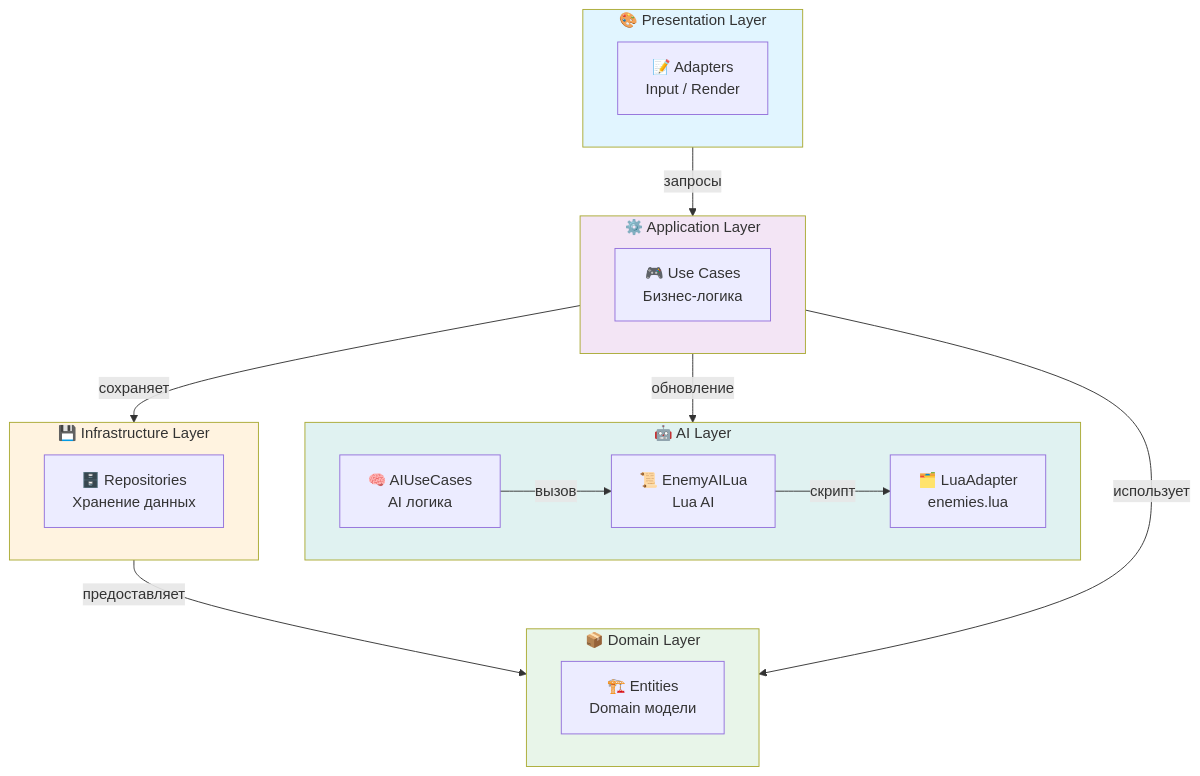
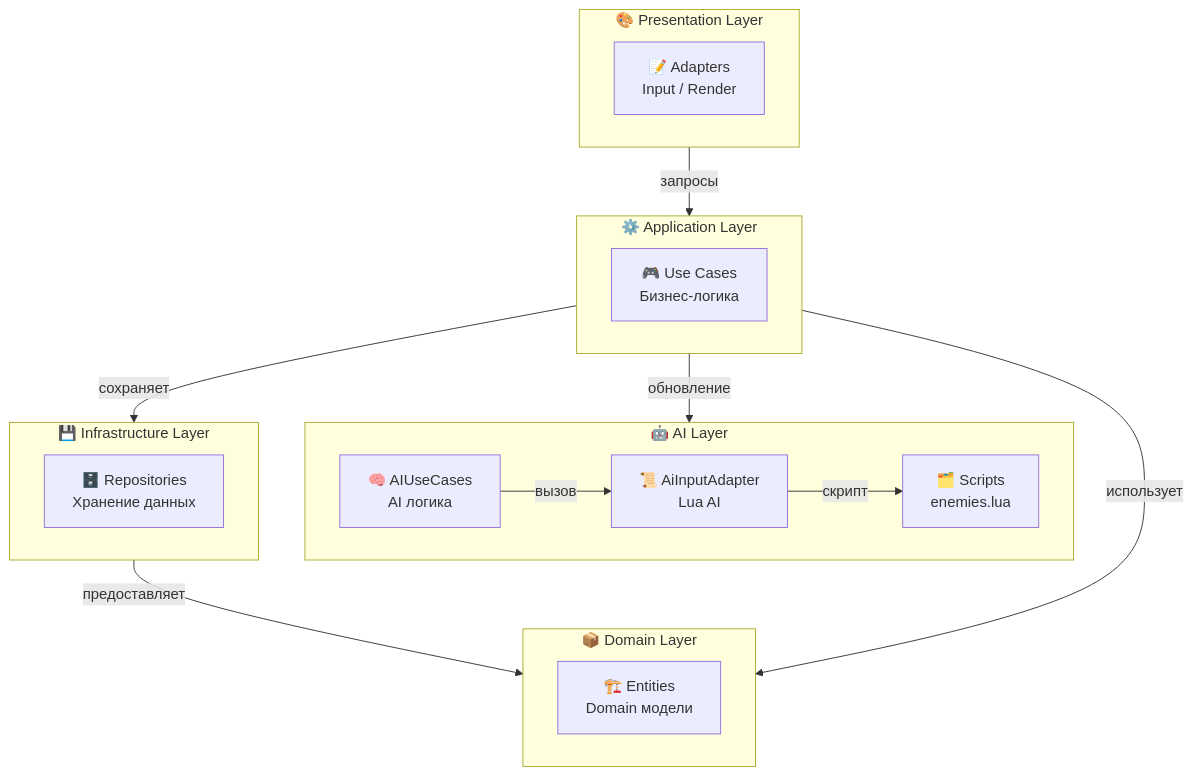
The first of 3 diagrams in README.md (shpaker/tnk9x), drawn with Mermaid before and after one commit. The commit also changed other lines of this file and 11 other files, not shown here.

````diff
--- a/README.md
+++ b/README.md
@@ -109,43 +109,37 @@
 ```mermaid
 graph TB
     subgraph P["🎨 Presentation Layer"]
         direction LR
         Adapters["📝 Adapters<br/>Input / Render"]
     end
     
     subgraph A["⚙️ Application Layer"]
         direction LR
         UseCases["🎮 Use Cases<br/>Бизнес-логика"]
     end
     
     subgraph AI["🤖 AI Layer"]
         direction LR
         AICases["🧠 AIUseCases<br/>AI логика"]
-        LuaAI["📜 EnemyAILua<br/>Lua AI"]
-        LuaScripts["🗂️ LuaAdapter<br/>enemies.lua"]
+        AiInput["📜 AiInputAdapter<br/>Lua AI"]
+        LuaScripts["🗂️ Scripts<br/>enemies.lua"]
     end
     
     subgraph D["📦 Domain Layer"]
         direction LR
         Entities["🏗️ Entities<br/>Domain модели"]
     end
     
     subgraph I["💾 Infrastructure Layer"]
         direction LR
         Repositories["🗄️ Repositories<br/>Хранение данных"]
     end
     
     Adapters -->|"запросы"| UseCases
     UseCases -->|"обновление"| AICases
-    AICases -->|"вызов"| LuaAI
-    LuaAI -->|"скрипт"| LuaScripts
+    AICases -->|"вызов"| AiInput
+    AiInput -->|"скрипт"| LuaScripts
     UseCases -->|"использует"| Entities
     Repositories -->|"предоставляет"| Entities
     UseCases -->|"сохраняет"| Repositories
-    
-    style P fill:#e1f5ff
-    style A fill:#f3e5f5
-    style AI fill:#e0f2f1
-    style D fill:#e8f5e9
-    style I fill:#fff3e0
 ```
````
